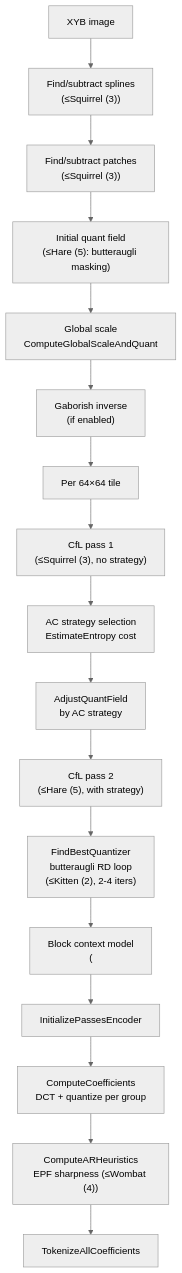
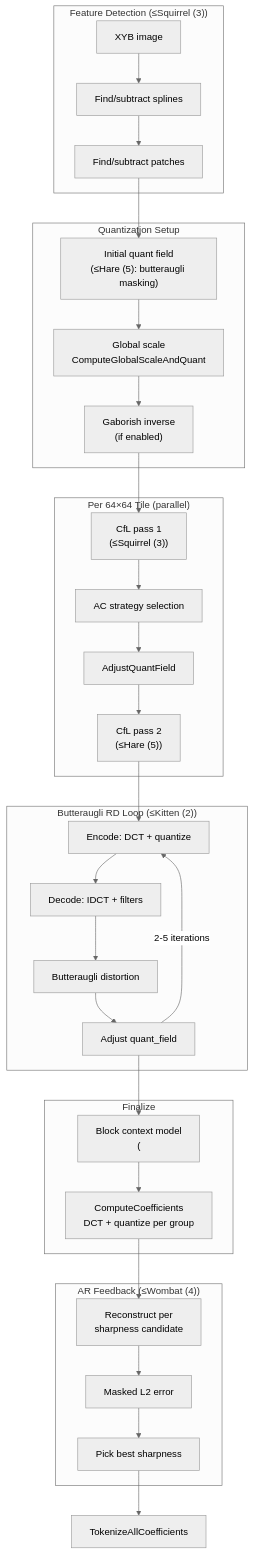
Before and after one commit to imazen/libjxl: the first of 3 diagrams in docs/src/encoder/vardct-path.md, drawn with Mermaid (neutral theme). The commit also changed 6 other files, not shown here.

First line of the commit message:
docs: fix 7 Mermaid diagrams to show loops, subgraphs, and decisions

````diff
--- a/docs/src/encoder/vardct-path.md
+++ b/docs/src/encoder/vardct-path.md
@@ -3,19 +3,35 @@
 ```mermaid
 graph TD
-    XYB["XYB image"] --> SP["Find/subtract splines<br/>(≤Squirrel (3))"]
-    SP --> PA["Find/subtract patches<br/>(≤Squirrel (3))"]
-    PA --> IQ["Initial quant field<br/>(≤Hare (5): butteraugli masking)"]
-    IQ --> GS["Global scale<br/>ComputeGlobalScaleAndQuant"]
-    GS --> GAB["Gaborish inverse<br/>(if enabled)"]
-    GAB --> TILE["Per 64×64 tile"]
-    TILE --> CFL1["CfL pass 1<br/>(≤Squirrel (3), no strategy)"]
-    CFL1 --> ACS["AC strategy selection<br/>EstimateEntropy cost"]
-    ACS --> AQF["AdjustQuantField<br/>by AC strategy"]
-    AQF --> CFL2["CfL pass 2<br/>(≤Hare (5), with strategy)"]
-    CFL2 --> FBQ["FindBestQuantizer<br/>butteraugli RD loop<br/>(≤Kitten (2), 2-4 iters)"]
-    FBQ --> BCM["Block context model<br/>(<Falcon (7))"]
-    BCM --> IPE["InitializePassesEncoder"]
-    IPE --> CC["ComputeCoefficients<br/>DCT + quantize per group"]
-    CC --> AR["ComputeARHeuristics<br/>EPF sharpness (≤Wombat (4))"]
-    AR --> TOK["TokenizeAllCoefficients"]
+    subgraph "Feature Detection (≤Squirrel (3))"
+        XYB["XYB image"] --> SP["Find/subtract splines"]
+        SP --> PA["Find/subtract patches"]
+    end
+    subgraph "Quantization Setup"
+        PA --> IQ["Initial quant field<br/>(≤Hare (5): butteraugli masking)"]
+        IQ --> GS["Global scale<br/>ComputeGlobalScaleAndQuant"]
+        GS --> GAB["Gaborish inverse<br/>(if enabled)"]
+    end
+    subgraph "Per 64×64 Tile (parallel)"
+        GAB --> CFL1["CfL pass 1<br/>(≤Squirrel (3))"]
+        CFL1 --> ACS["AC strategy selection"]
+        ACS --> AQF["AdjustQuantField"]
+        AQF --> CFL2["CfL pass 2<br/>(≤Hare (5))"]
+    end
+    subgraph "Butteraugli RD Loop (≤Kitten (2))"
+        CFL2 --> FBQ_ENC["Encode: DCT + quantize"]
+        FBQ_ENC --> FBQ_DEC["Decode: IDCT + filters"]
+        FBQ_DEC --> FBQ_BA["Butteraugli distortion"]
+        FBQ_BA --> FBQ_ADJ["Adjust quant_field"]
+        FBQ_ADJ -->|"2-5 iterations"| FBQ_ENC
+    end
+    subgraph "Finalize"
+        FBQ_ADJ --> BCM["Block context model<br/>(<Falcon (7))"]
+        BCM --> CC["ComputeCoefficients<br/>DCT + quantize per group"]
+    end
+    subgraph "AR Feedback (≤Wombat (4))"
+        CC --> AR_RECON["Reconstruct per<br/>sharpness candidate"]
+        AR_RECON --> AR_ERR["Masked L2 error"]
+        AR_ERR --> AR_PICK["Pick best sharpness"]
+    end
+    AR_PICK --> TOK["TokenizeAllCoefficients"]
 ```
````
